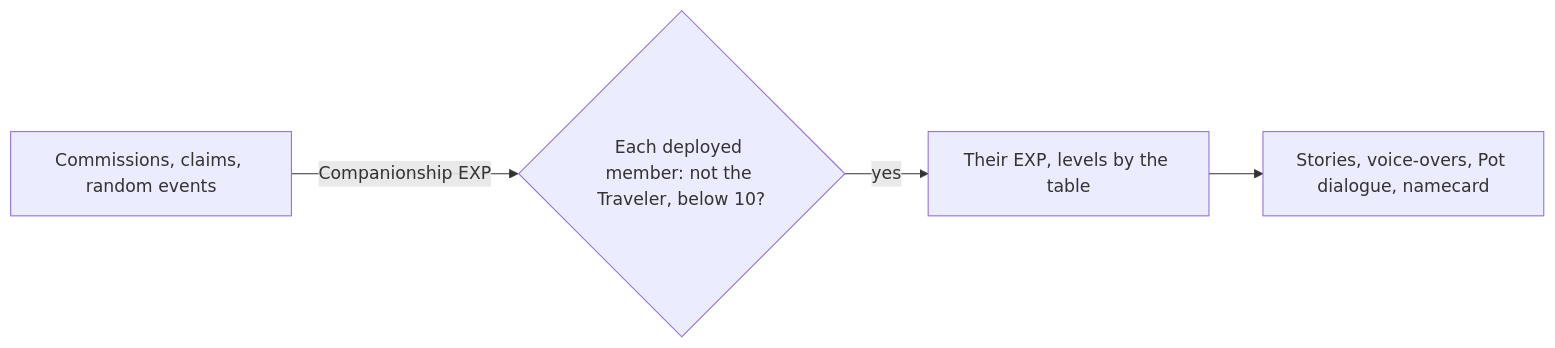
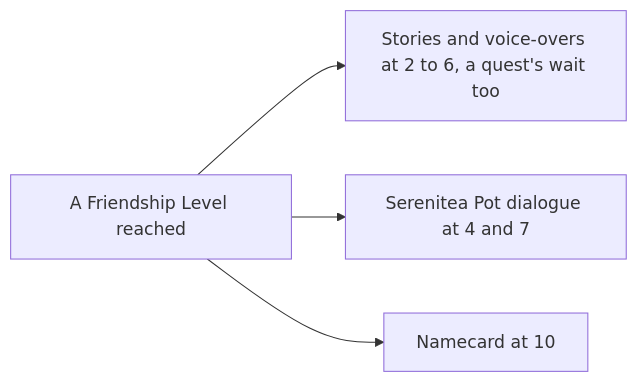
One commit to Esposter/Esposter changed the diagram in apps/web/content/docs/proposals/genshin/companionship.md. Above: the diagram before and after it, drawn with Mermaid. The commit also changed other lines of this file and 2 other files, not shown here.

First line of the commit message:
docs(genshin): Companionship's level, grant and claims' provisional amounts are built and have their as-built page, the proposal keeps the stories, namecard and the sources not yet built, and the original resin page points at the grant

````diff
--- a/apps/web/content/docs/proposals/genshin/companionship.md
+++ b/apps/web/content/docs/proposals/genshin/companionship.md
@@ -21,6 +19,6 @@
 ```mermaid
 flowchart LR
-  SRC["Commissions, claims, random events"] -->|"Companionship EXP"| PARTY{"Each deployed member: not the Traveler, below 10?"}
-  PARTY -->|"yes"| LEVEL["Their EXP, levels by the table"]
-  LEVEL --> OPEN["Stories, voice-overs, Pot dialogue, namecard"]
+  LV["A Friendship Level reached"] --> ST["Stories and voice-overs at 2 to 6, a quest's wait too"]
+  LV --> POT["Serenitea Pot dialogue at 4 and 7"]
+  LV --> NC["Namecard at 10"]
 ```
````
